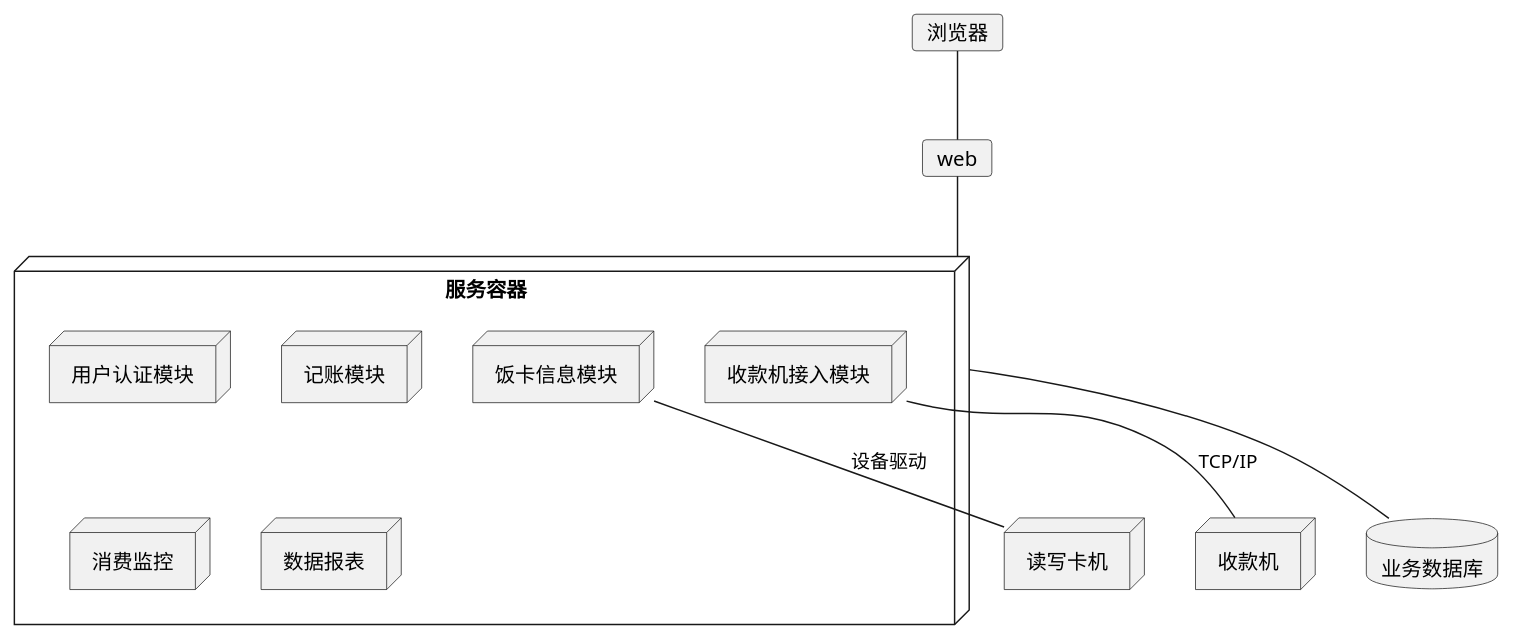
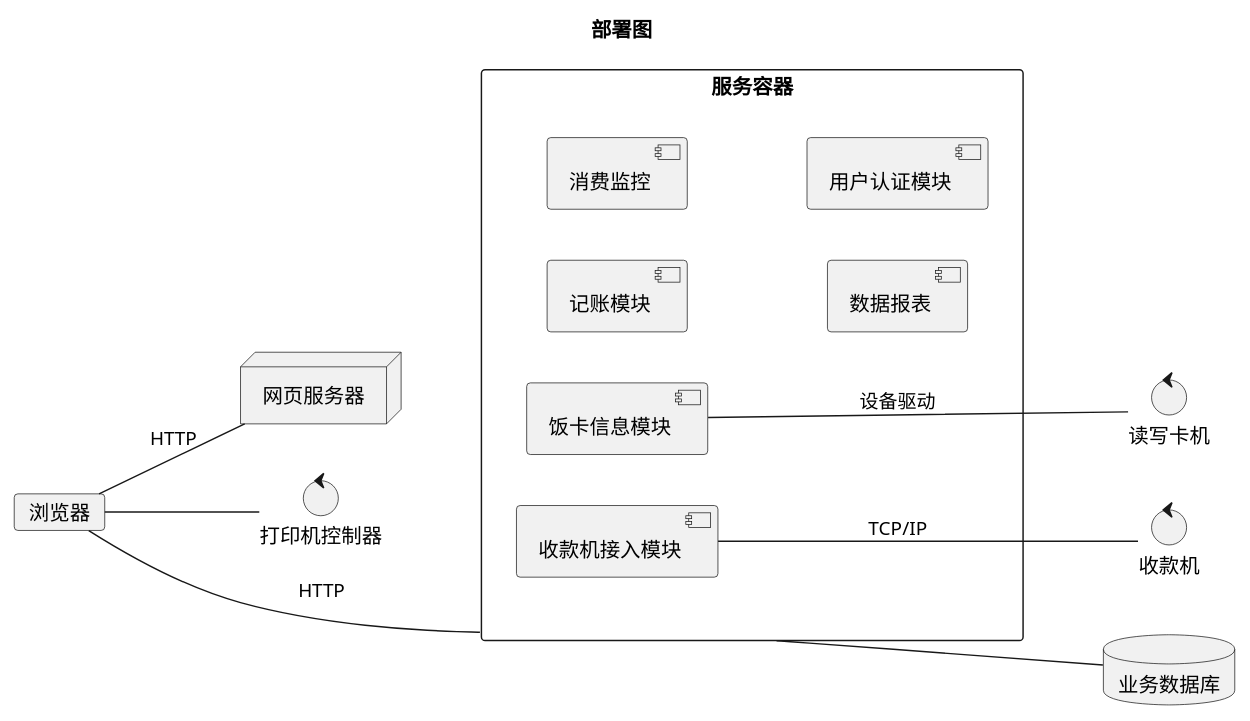
Before and after one commit to cxl086/architectCampus: the sixth of 6 diagrams in week1/作业.md, drawn with PlantUML. The commit also changed other lines of this file, not shown here.

Commit message:
week1 diagrams.

````diff
--- a/week1/作业.md
+++ b/week1/作业.md
@@ -72,29 +149,36 @@
 ```plantuml
 @startuml
 
-node 收款机
-node 读写卡机
-node 服务容器 {
-    node 用户认证模块
-    node 饭卡信息模块
-    node 收款机接入模块
-    node 记账模块
-    node 消费监控
-    node 数据报表
+title 部署图
+
+left to right direction
+
+control 收款机
+control 读写卡机
+rectangle 服务容器 {
+    component 记账模块
+    component 消费监控
+    component 数据报表
+    component 饭卡信息模块
+    component 收款机接入模块
+    component 用户认证模块
 }
+
 database db [
     业务数据库
 ]
 
-card web
+node 网页服务器 
+card 浏览器
+control 打印机控制器
 
-card 浏览器
+浏览器 -- 网页服务器 : HTTP
+浏览器 --- 服务容器 : HTTP
+浏览器 -- 打印机控制器
 
-饭卡信息模块 -- 读写卡机 : 设备驱动
-收款机接入模块 -- 收款机 : TCP/IP
-服务容器 -- db
-浏览器 -- web
-web -- 服务容器
+饭卡信息模块 --- 读写卡机 : 设备驱动
+收款机接入模块 --- 收款机: TCP/IP
+服务容器 --- db
 
 @enduml
 ```
````
